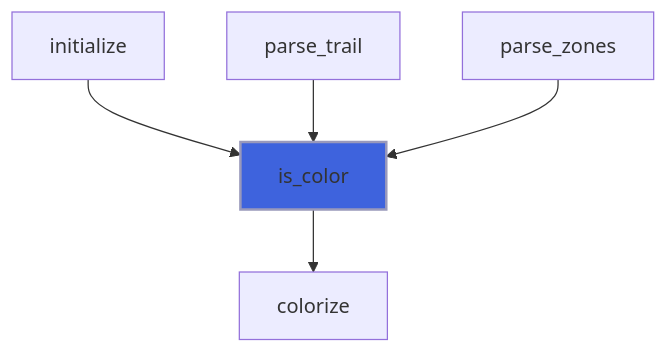
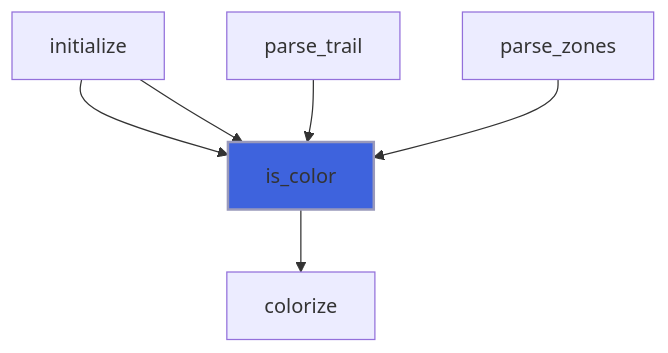
The sixth of 7 diagrams in docs/api/src/lib/forbear_element_object.md (szaghi/forbear), drawn with Mermaid before and after one commit. The commit also changed 48 other files, not shown here.

````diff
--- a/docs/api/src/lib/forbear_element_object.md
+++ b/docs/api/src/lib/forbear_element_object.md
@@ -189,8 +189,9 @@
 ```mermaid
 flowchart TD
+  initialize["initialize"] --> is_color["is_color"]
   initialize["initialize"] --> is_color["is_color"]
   parse_trail["parse_trail"] --> is_color["is_color"]
   parse_zones["parse_zones"] --> is_color["is_color"]
   is_color["is_color"] --> colorize["colorize"]
   style is_color fill:#3e63dd,stroke:#99b,stroke-width:2px
 ```
````
